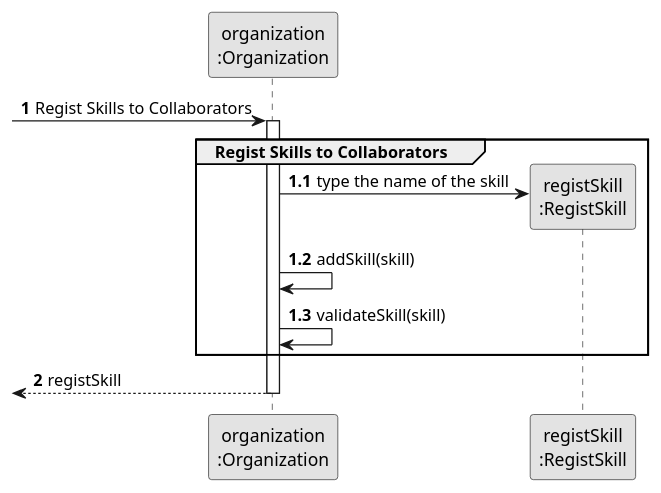
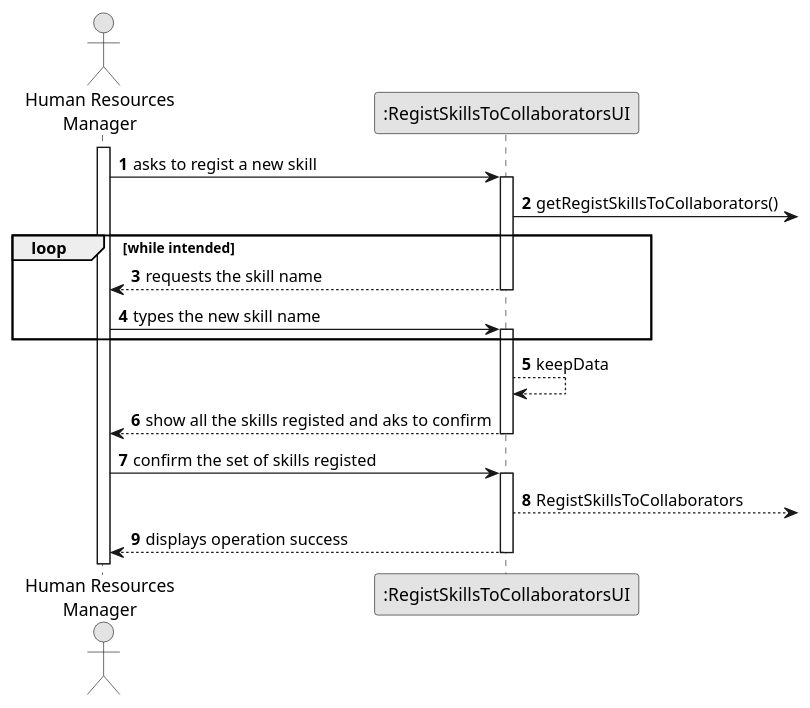
The diagram in docs/sprint2/us001/03.design/puml/us001-sequence-diagram-partial-regist-skill-to-collaborators.puml (1231360-ISEP/lei-24-s2-1db-g021), drawn with PlantUML before and after one commit.

Commit message:
Update the US01 Design SD.

```diff
--- a/docs/sprint2/us001/03.design/puml/us001-sequence-diagram-partial-regist-skill-to-collaborators.puml
+++ b/docs/sprint2/us001/03.design/puml/us001-sequence-diagram-partial-regist-skill-to-collaborators.puml
@@ -1,29 +1,40 @@
 @startuml
 skinparam monochrome true
 skinparam packageStyle rectangle
 skinparam shadowing false
 
-participant "organization\n:Organization" as ORG
-participant "registSkill\n:RegistSkill" as TAREFA
+actor "Human Resources\nManager" as HRM
+participant ":RegistSkillsToCollaboratorsUI" as RGC
 
 autonumber 1
--> ORG: Regist Skills to Collaborators
 
-autonumber 1.1
-activate ORG
-    group Regist Skills to Collaborators
+activate HRM
 
-        ORG -> TAREFA**: type the name of the skill
+    HRM -> RGC : asks to regist a new skill
+    activate RGC
 
-        ORG -> ORG: addSkill(skill)
+    RGC ->: getRegistSkillsToCollaborators()
 
-        ORG -> ORG: validateSkill(skill)
+    loop while intended
+            RGC --> HRM : requests the skill name
+        deactivate RGC
 
+        HRM -> RGC : types the new skill name
+        activate RGC
     end
 
-    autonumber 2
-    <-- ORG : registSkill
-deactivate ORG
+        RGC --> RGC: keepData
+
+        RGC --> HRM : show all the skills registed and aks to confirm
+    deactivate RGC
+
+    HRM -> RGC : confirm the set of skills registed
+    activate RGC
+
+    RGC -->: RegistSkillsToCollaborators
+
+    RGC --> HRM : displays operation success
+    deactivate RGC
 
 
 @enduml
```
